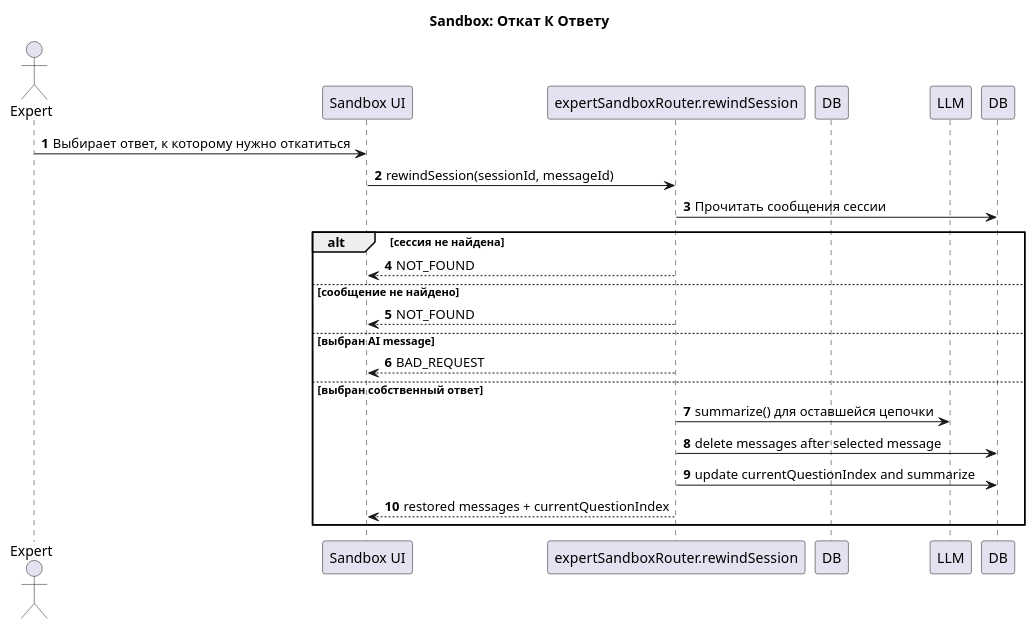
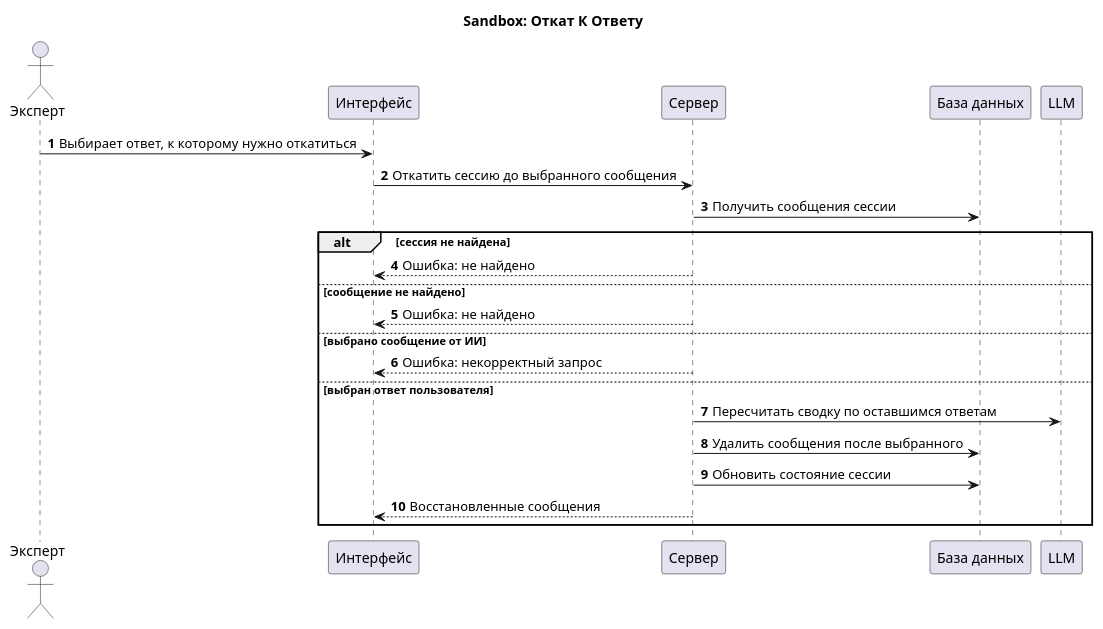
Before and after one commit to nifle3/diplom_work: the diagram in docs/sequence/15_sandbox_rewind.puml, drawn with PlantUML. The commit also changed 4 other files, not shown here.

Commit message:
update sequence

```diff
--- a/docs/sequence/15_sandbox_rewind.puml
+++ b/docs/sequence/15_sandbox_rewind.puml
@@ -1,29 +1,31 @@
 @startuml 15_sandbox_rewind
 title Sandbox: Откат К Ответу
 
+skinparam backgroundColor white
+
 autonumber
 
-actor Expert
-participant UI as "Sandbox UI"
-participant API as "expertSandboxRouter.rewindSession"
-participant DB as Postgres
-participant LLM as LLM
+actor Эксперт
+participant UI as "Интерфейс"
+participant Server as "Сервер"
+participant DB as "База данных"
+participant LLM as "LLM"
 
-Expert -> UI: Выбирает ответ, к которому нужно откатиться
-UI -> API: rewindSession(sessionId, messageId)
-API -> DB: Прочитать сообщения сессии
+Эксперт -> UI: Выбирает ответ, к которому нужно откатиться
+UI -> Server: Откатить сессию до выбранного сообщения
+Server -> DB: Получить сообщения сессии
 
 alt сессия не найдена
-    API --> UI: NOT_FOUND
+    Server --> UI: Ошибка: не найдено
 else сообщение не найдено
-    API --> UI: NOT_FOUND
-else выбран AI message
-    API --> UI: BAD_REQUEST
-else выбран собственный ответ
-    API -> LLM: summarize() для оставшейся цепочки
-    API -> DB: delete messages after selected message
-    API -> DB: update currentQuestionIndex and summarize
-    API --> UI: restored messages + currentQuestionIndex
+    Server --> UI: Ошибка: не найдено
+else выбрано сообщение от ИИ
+    Server --> UI: Ошибка: некорректный запрос
+else выбран ответ пользователя
+    Server -> LLM: Пересчитать сводку по оставшимся ответам
+    Server -> DB: Удалить сообщения после выбранного
+    Server -> DB: Обновить состояние сессии
+    Server --> UI: Восстановленные сообщения
 end
 
 @enduml
```
